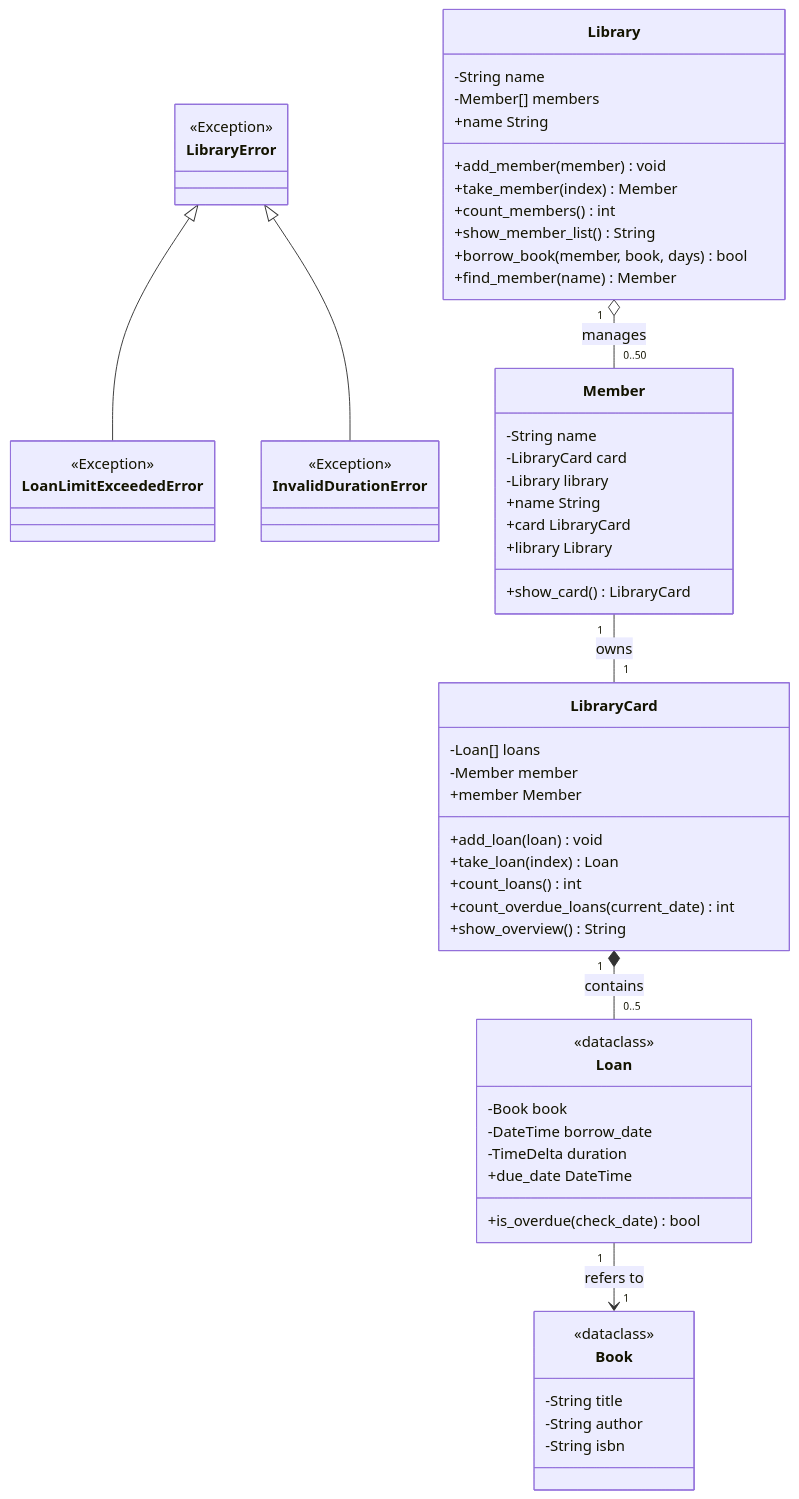
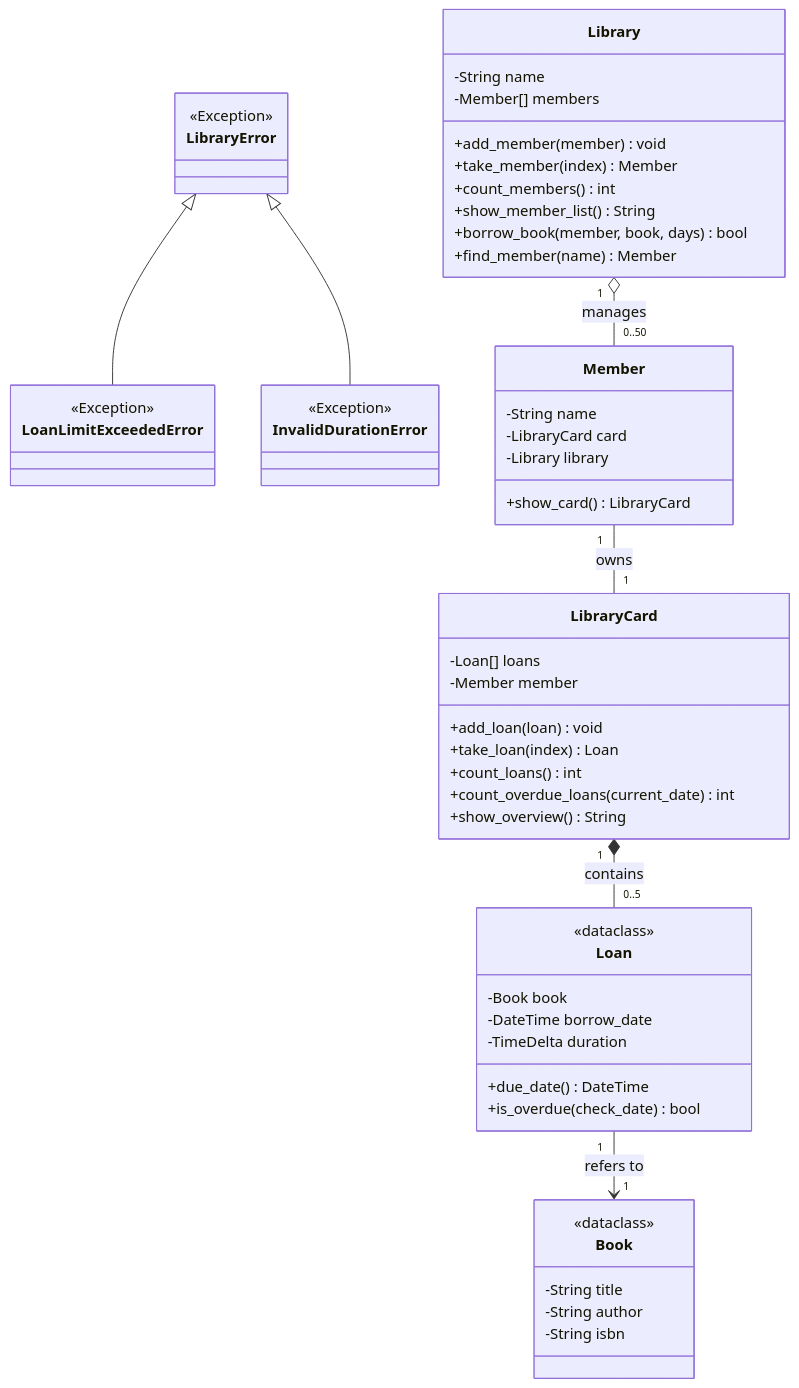
Before and after one commit to Jepedaia/m320-lb1-library: the diagram in AUFGABENSTELLUNG.md, drawn with Mermaid. The commit also changed 7 other files, not shown here.

Commit message:
Fix duplicate diagram attributes and reduce starter code to bare class stubs

````diff
--- a/AUFGABENSTELLUNG.md
+++ b/AUFGABENSTELLUNG.md
@@ -21,69 +21,64 @@
 ```mermaid
 classDiagram
     class LibraryError {
         <<Exception>>
     }
     class LoanLimitExceededError {
         <<Exception>>
     }
     class InvalidDurationError {
         <<Exception>>
     }
     LibraryError <|-- LoanLimitExceededError
     LibraryError <|-- InvalidDurationError
 
     class Book {
         <<dataclass>>
         -String title
         -String author
         -String isbn
     }
 
     class Loan {
         <<dataclass>>
         -Book book
         -DateTime borrow_date
         -TimeDelta duration
-        +due_date DateTime
+        +due_date() DateTime
         +is_overdue(check_date) bool
     }
 
     class LibraryCard {
         -Loan[] loans
         -Member member
         +add_loan(loan) void
         +take_loan(index) Loan
         +count_loans() int
         +count_overdue_loans(current_date) int
         +show_overview() String
-        +member Member
     }
 
     class Member {
         -String name
         -LibraryCard card
         -Library library
         +show_card() LibraryCard
-        +name String
-        +card LibraryCard
-        +library Library
     }
 
     class Library {
         -String name
         -Member[] members
         +add_member(member) void
         +take_member(index) Member
         +count_members() int
         +show_member_list() String
         +borrow_book(member, book, days) bool
         +find_member(name) Member
-        +name String
     }
 
     %% Relationships
     Library "1" o-- "0..50" Member : manages
     Member "1" -- "1" LibraryCard : owns
     LibraryCard "1" *-- "0..5" Loan : contains
     Loan "1" --> "1" Book : refers to
 ```
````
